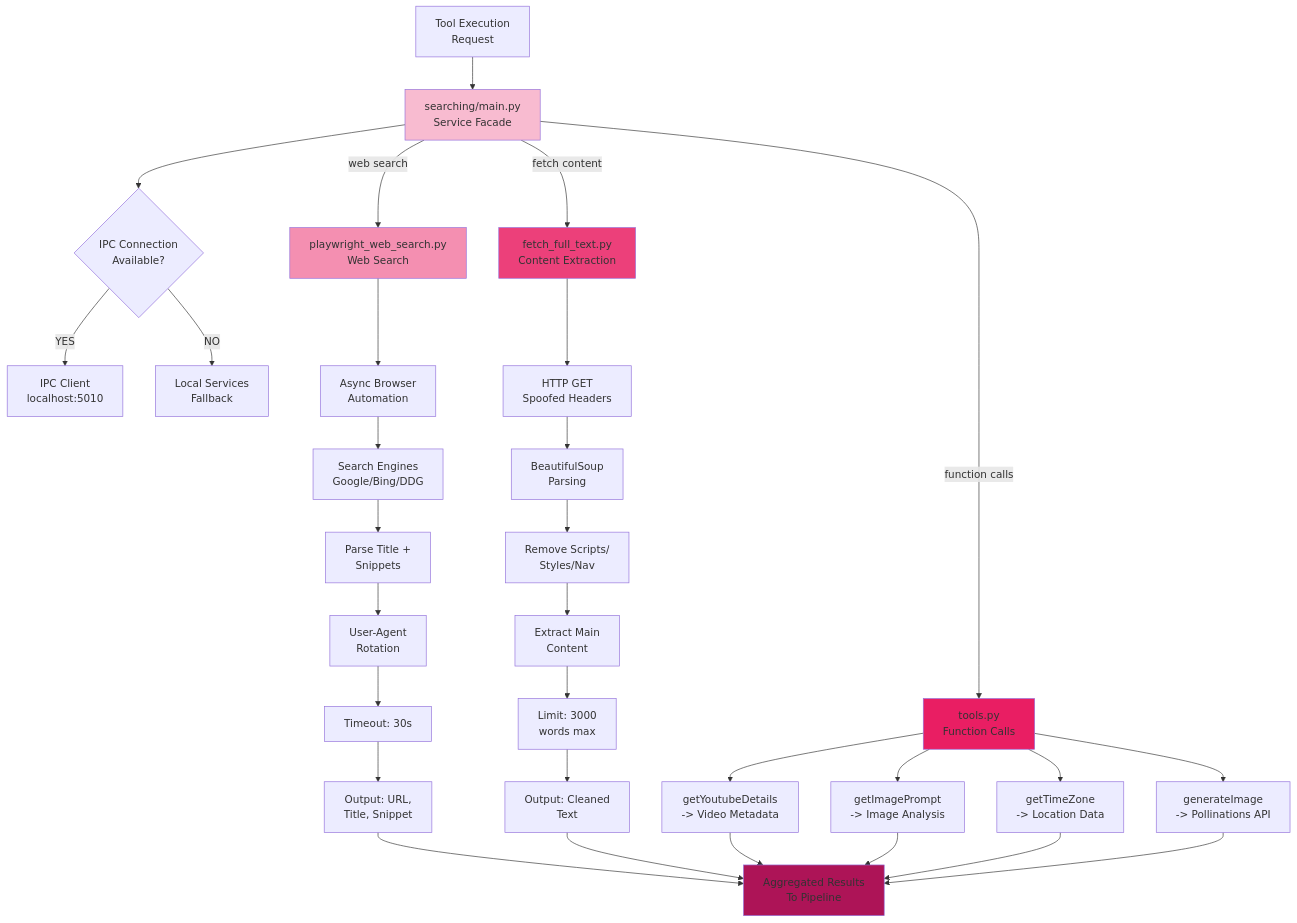
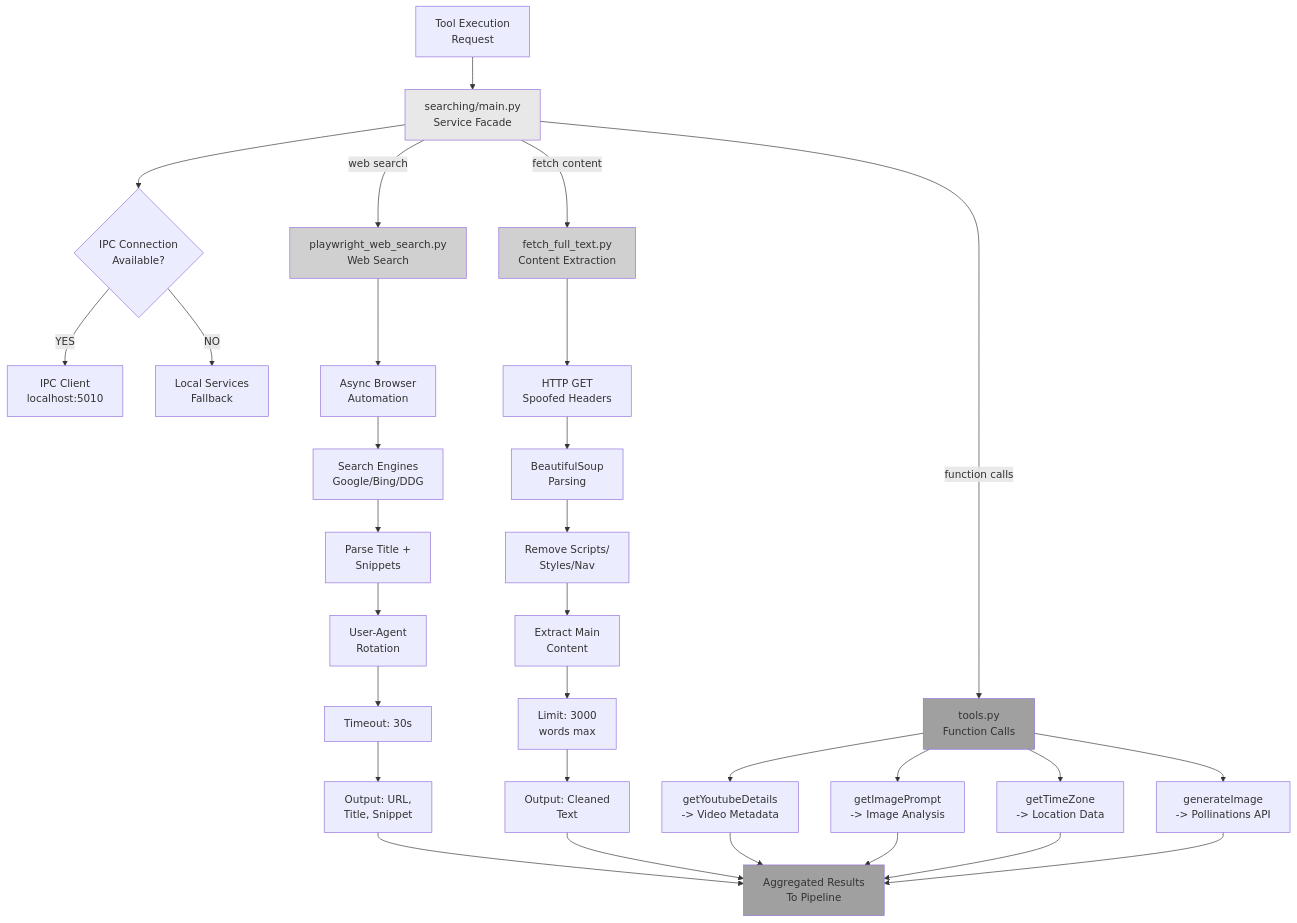
One commit to pollinations/lixSearch changed the ninth of 17 diagrams in DOCS/FULL_ARCHITECTURE.md. Above: the diagram before and after it, drawn with Mermaid. The commit also changed other lines of this file, not shown here.

Commit message:
refactor: Update diagram styles for improved visual consistency in architecture documentation

````diff
--- a/DOCS/FULL_ARCHITECTURE.md
+++ b/DOCS/FULL_ARCHITECTURE.md
@@ -641,73 +641,73 @@
 ```mermaid
 graph TD
     Pipeline["Tool Execution<br/>Request"]
     
     SearchFacade["searching/main.py<br/>Service Facade"]
     IPCCheck{"IPC Connection<br/>Available?"}
     IPCClient["IPC Client<br/>localhost:5010"]
     LocalFallback["Local Services<br/>Fallback"]
     
     WebSearch["playwright_web_search.py<br/>Web Search"]
     BrowserAuto["Async Browser<br/>Automation"]
     SearchEngine["Search Engines<br/>Google/Bing/DDG"]
     ParseResults["Parse Title +<br/>Snippets"]
     UserAgent["User-Agent<br/>Rotation"]
     Timeout["Timeout: 30s"]
     WebSearchOut["Output: URL,<br/>Title, Snippet"]
     
     FetchText["fetch_full_text.py<br/>Content Extraction"]
     HTTPGet["HTTP GET<br/>Spoofed Headers"]
     BeautifulSoup["BeautifulSoup<br/>Parsing"]
     RemoveJunk["Remove Scripts/<br/>Styles/Nav"]
     ExtractContent["Extract Main<br/>Content"]
     WordLimit["Limit: 3000<br/>words max"]
     FetchOut["Output: Cleaned<br/>Text"]
     
     Tools["tools.py<br/>Function Calls"]
     YouTube["getYoutubeDetails<br/>-> Video Metadata"]
     ImagePrompt["getImagePrompt<br/>-> Image Analysis"]
     TimeZone["getTimeZone<br/>-> Location Data"]
     GenerateImage["generateImage<br/>-> Pollinations API"]
     
     Results["Aggregated Results<br/>To Pipeline"]
     
     Pipeline --> SearchFacade
     SearchFacade --> IPCCheck
     IPCCheck -->|YES| IPCClient
     IPCCheck -->|NO| LocalFallback
     
     SearchFacade -->|web search| WebSearch
     WebSearch --> BrowserAuto
     BrowserAuto --> SearchEngine
     SearchEngine --> ParseResults
     ParseResults --> UserAgent
     UserAgent --> Timeout
     Timeout --> WebSearchOut
     
     SearchFacade -->|fetch content| FetchText
     FetchText --> HTTPGet
     HTTPGet --> BeautifulSoup
     BeautifulSoup --> RemoveJunk
     RemoveJunk --> ExtractContent
     ExtractContent --> WordLimit
     WordLimit --> FetchOut
     
     SearchFacade -->|function calls| Tools
     Tools --> YouTube
     Tools --> ImagePrompt
     Tools --> TimeZone
     Tools --> GenerateImage
     
     WebSearchOut --> Results
     FetchOut --> Results
     YouTube --> Results
     ImagePrompt --> Results
     TimeZone --> Results
     GenerateImage --> Results
     
-    style SearchFacade fill:#F8BBD0
-    style WebSearch fill:#F48FB1
-    style FetchText fill:#EC407A
-    style Tools fill:#E91E63
-    style Results fill:#AD1457
+    style SearchFacade fill:#E8E8E8
+    style WebSearch fill:#D0D0D0
+    style FetchText fill:#D0D0D0
+    style Tools fill:#A0A0A0
+    style Results fill:#A0A0A0
 ```
````
